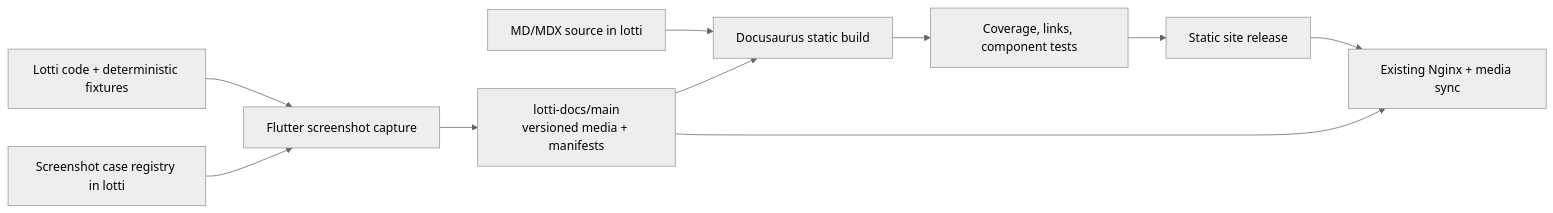
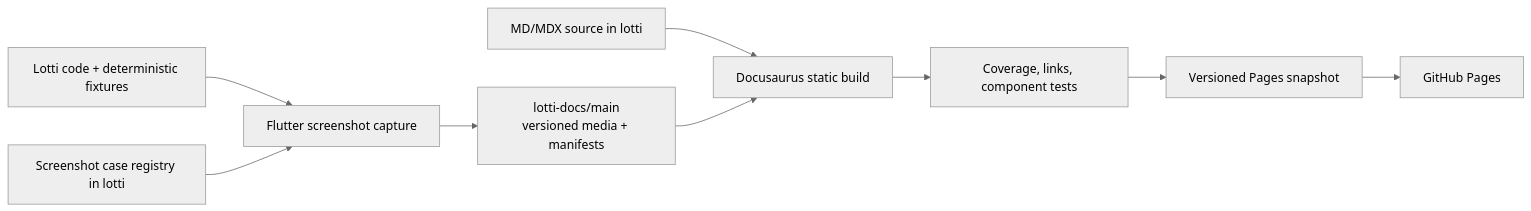
The diagram in docs/implementation_plans/2026-07-17_automated_manual_system.md (matthiasn/lotti), drawn with Mermaid (neutral theme) before and after one commit. The commit also changed other lines of this file and 46 other files, not shown here.

````diff
--- a/docs/implementation_plans/2026-07-17_automated_manual_system.md
+++ b/docs/implementation_plans/2026-07-17_automated_manual_system.md
@@ -127,22 +131,21 @@
 ```mermaid
 flowchart LR
   App["Lotti code + deterministic fixtures"]
   Manual["MD/MDX source in lotti"]
   Cases["Screenshot case registry in lotti"]
   Capture["Flutter screenshot capture"]
   DocsRepo["lotti-docs/main\nversioned media + manifests"]
   Build["Docusaurus static build"]
   Verify["Coverage, links, component tests"]
-  Site["Static site release"]
-  Server["Existing Nginx + media sync"]
+  Site["Versioned Pages snapshot"]
+  Pages["GitHub Pages"]
 
   App --> Capture
   Cases --> Capture
   Capture --> DocsRepo
   Manual --> Build
   DocsRepo --> Build
   Build --> Verify
   Verify --> Site
-  Site --> Server
-  DocsRepo --> Server
+  Site --> Pages
 ```
````
